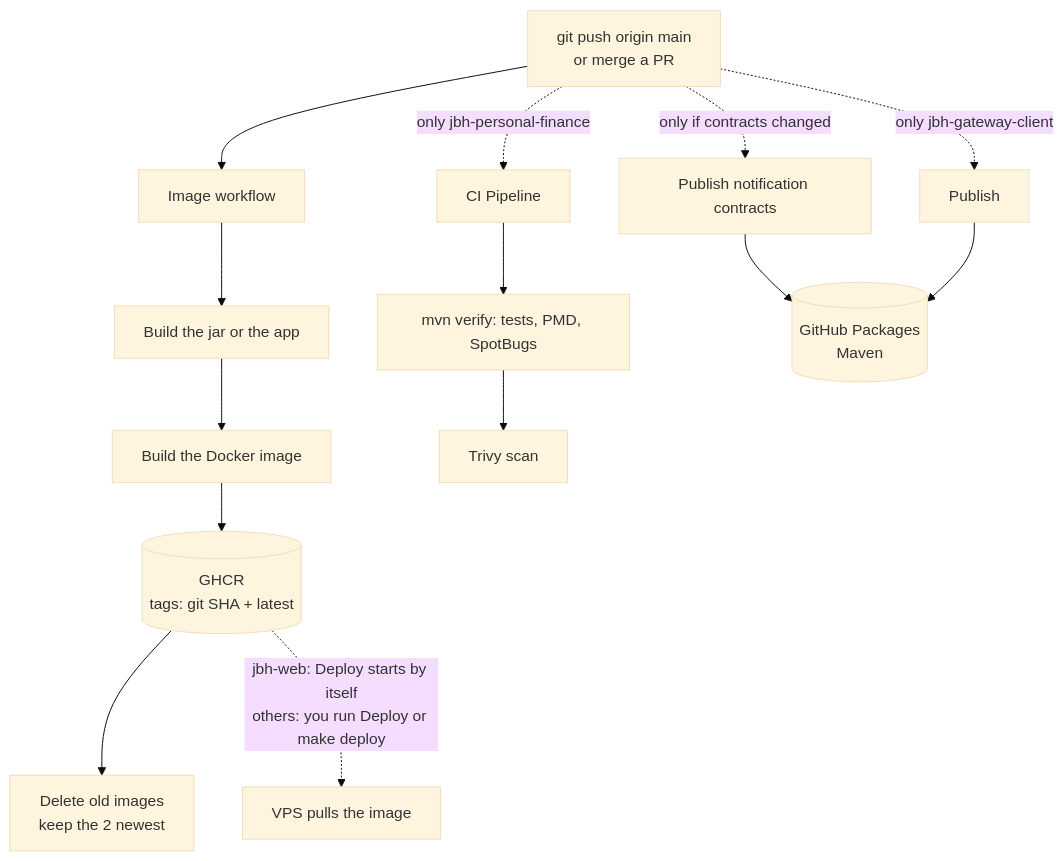
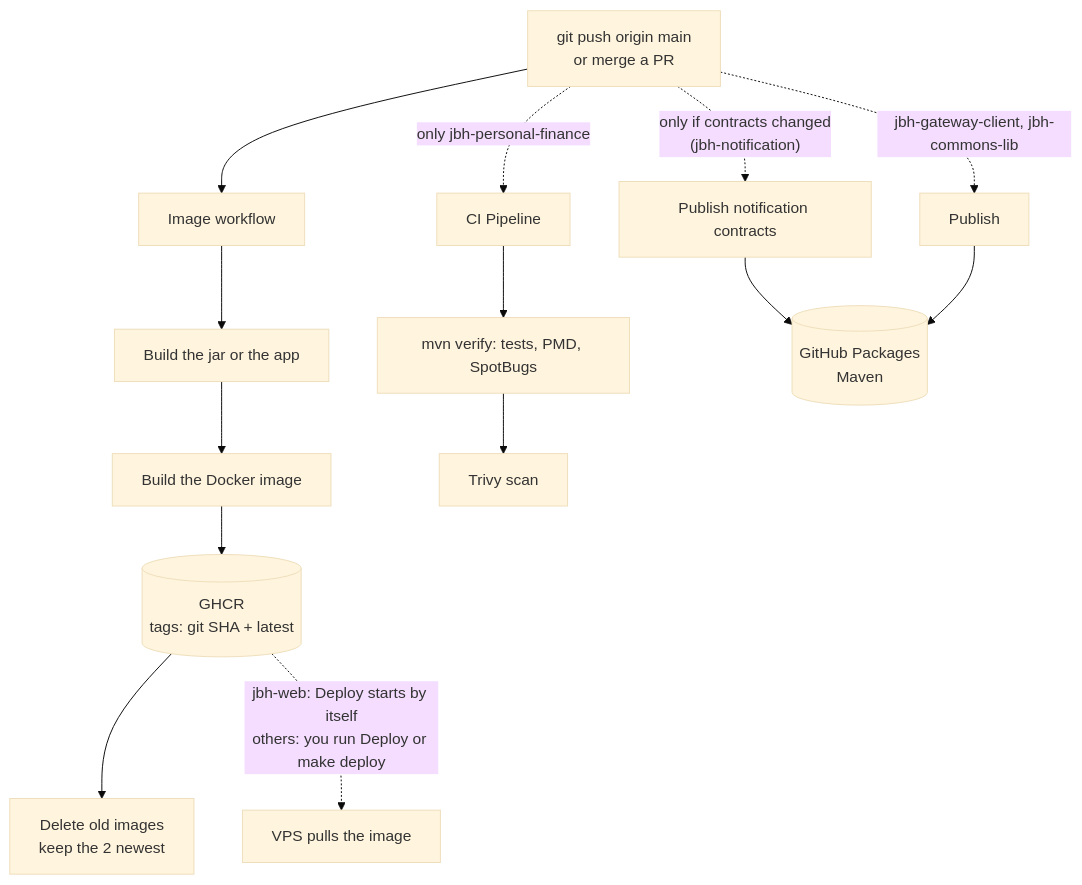
One commit to kkpa-jbh/jbh-deploy changed the diagram in CI.md. Above: the diagram before and after it, drawn with Mermaid (base theme). The commit also changed other lines of this file and 5 other files, not shown here.

First line of the commit message:
docs(jbh-deploy/JBH-74): system map, CI, LOCAL and DEPLOY for jbh-notification

````diff
--- a/CI.md
+++ b/CI.md
@@ -34,20 +39,20 @@
 ```mermaid
 flowchart TD
     push[git push origin main<br/>or merge a PR] --> img[Image workflow]
     push -. only jbh-personal-finance .-> ci[CI Pipeline]
-    push -. only if contracts changed .-> pc[Publish notification contracts]
-    push -. only jbh-gateway-client .-> pub[Publish]
+    push -. only if contracts changed<br/>(jbh-notification) .-> pc[Publish notification contracts]
+    push -. jbh-gateway-client, jbh-commons-lib .-> pub[Publish]
 
     img --> build[Build the jar or the app]
     build --> docker[Build the Docker image]
     docker --> ghcr[(GHCR<br/>tags: git SHA + latest)]
     ghcr --> clean[Delete old images<br/>keep the 2 newest]
 
     ci --> tests[mvn verify: tests, PMD, SpotBugs]
     tests --> trivy[Trivy scan]
 
     pc --> pkg[(GitHub Packages<br/>Maven)]
     pub --> pkg
 
     ghcr -. jbh-web: Deploy starts by itself<br/>others: you run Deploy or make deploy .-> vps[VPS pulls the image]
 ```
````
